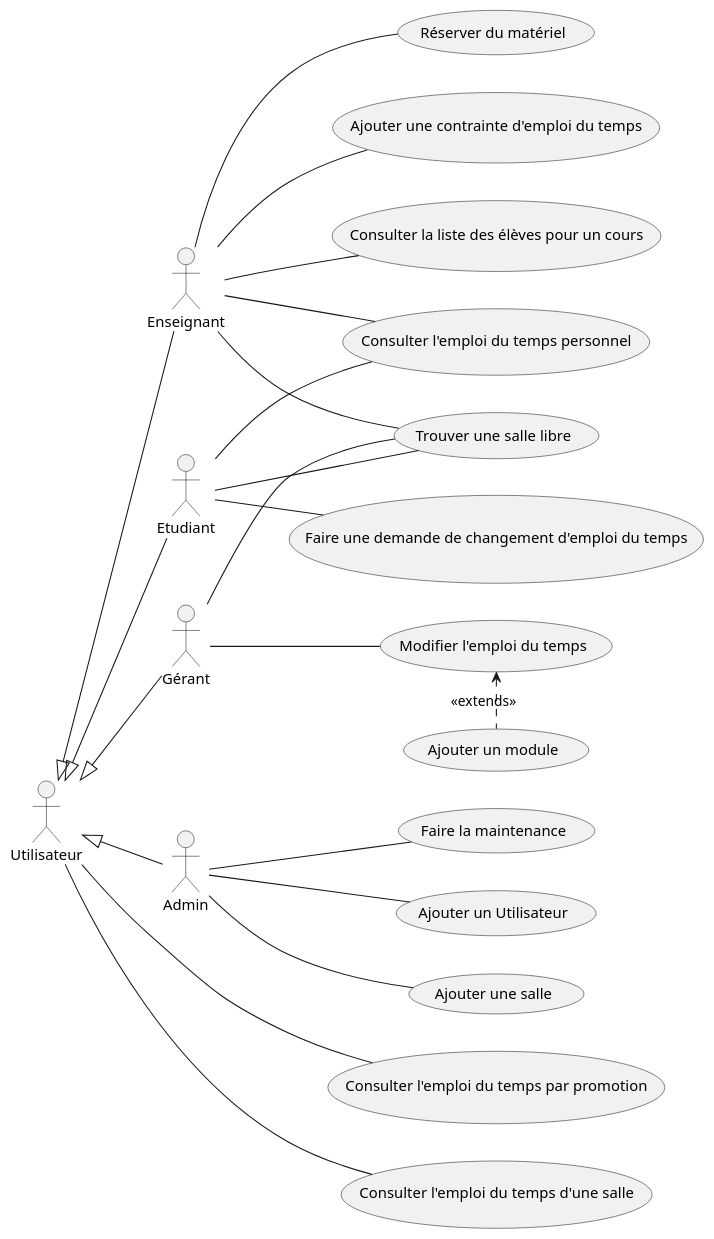
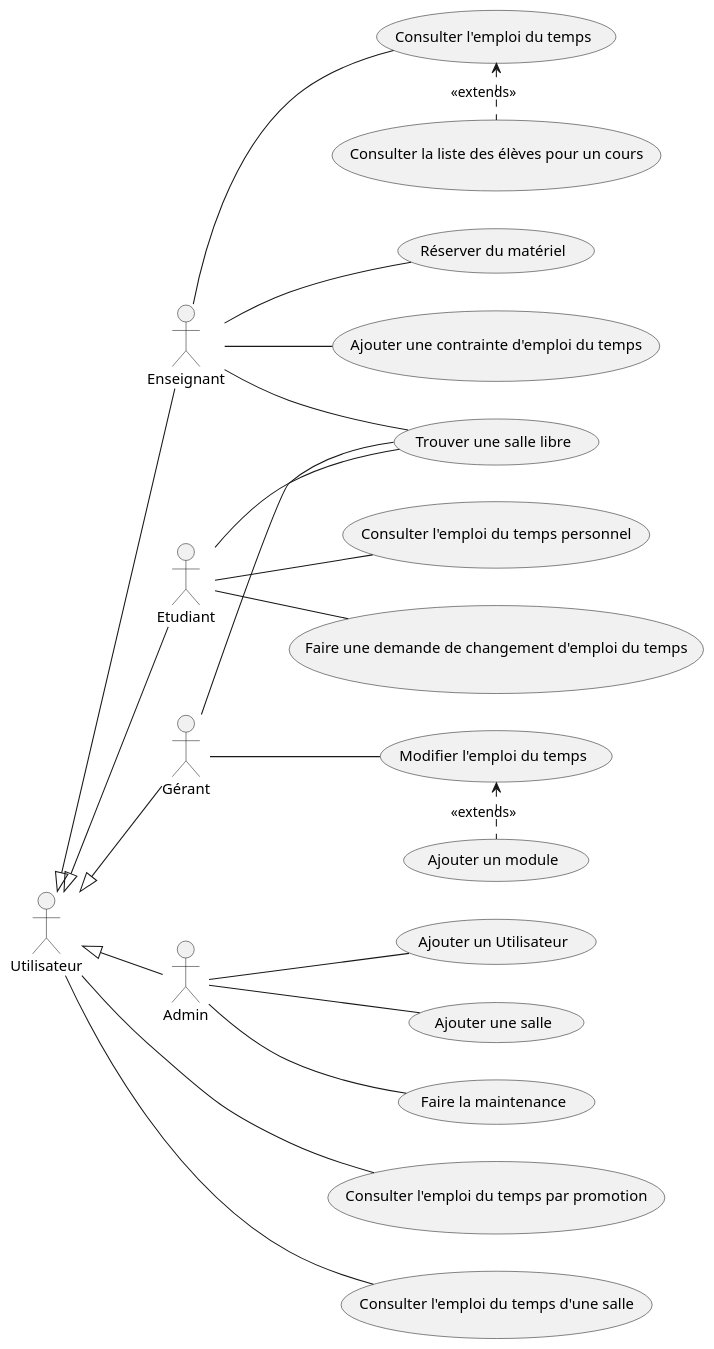
Before and after one commit to El-Sashok/UltraPlanning: the diagram in UseCase.iuml, drawn with PlantUML.

```diff
--- a/UseCase.iuml
+++ b/UseCase.iuml
@@ -1,27 +1,27 @@
 @startuml 
 
 Enseignant -up-|> Utilisateur
 Etudiant -up-|> Utilisateur
 Admin -up-|> Utilisateur
 Gérant -up-|> Utilisateur
 
 left to right direction
 
 Admin -- (Faire la maintenance)
 Gérant -- (Modifier l'emploi du temps)
 (Ajouter un module) .left.> (Modifier l'emploi du temps) : <<extends>>
 Etudiant -- (Consulter l'emploi du temps personnel)
-Enseignant -- (Consulter l'emploi du temps personnel)
+Enseignant -- (Consulter l'emploi du temps)
 Utilisateur --- (Consulter l'emploi du temps par promotion)
 Utilisateur --- (Consulter l'emploi du temps d'une salle)
 Enseignant -- (Réserver du matériel)
 Etudiant -- (Faire une demande de changement d'emploi du temps)
 Admin -- (Ajouter un Utilisateur)
 Enseignant -- (Ajouter une contrainte d'emploi du temps)
-Enseignant -- (Consulter la liste des élèves pour un cours)
+(Consulter la liste des élèves pour un cours) .left.> (Consulter l'emploi du temps) : <<extends>>
 Etudiant -- (Trouver une salle libre)
 Enseignant -- (Trouver une salle libre)
 Gérant -- (Trouver une salle libre)
 Admin -- (Ajouter une salle)
 
 @enduml
```
